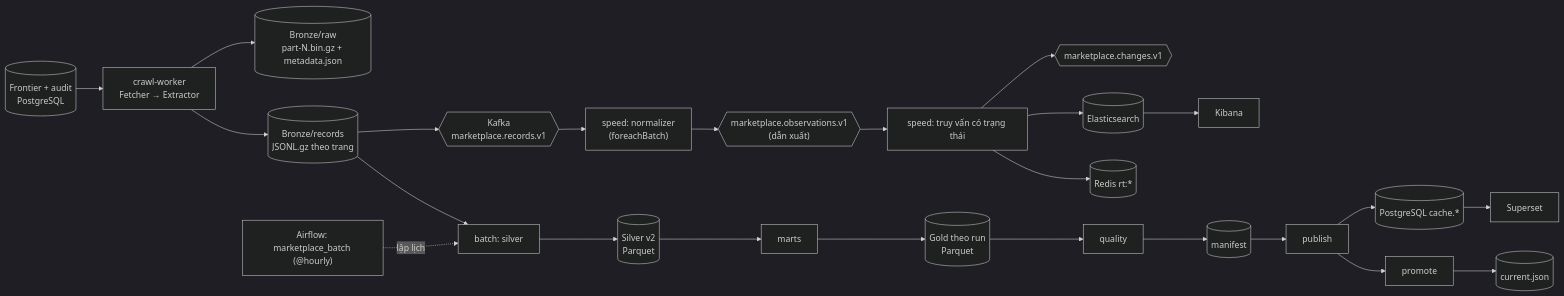
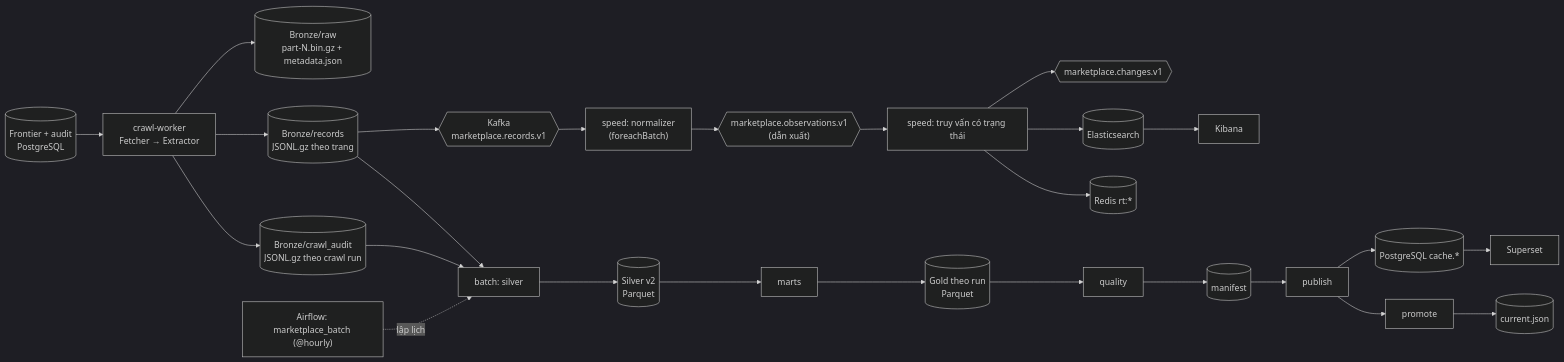
The second of 2 diagrams in docs/ARCHITECTURE.md (Duy-Duc82/ecommerce-lambda-architecture), drawn with Mermaid (dark theme) before and after one commit. The commit also changed other lines of this file and 31 other files, not shown here.

First line of the commit message:
feat: H5 crawl audit in the lake; H6 run record, quality results and DW write modes

````diff
--- a/docs/ARCHITECTURE.md
+++ b/docs/ARCHITECTURE.md
@@ -49,22 +49,24 @@
 ```mermaid
 flowchart LR
     frontier[(Frontier + audit<br/>PostgreSQL)] --> worker["crawl-worker<br/>Fetcher → Extractor"]
     worker --> raw[("Bronze/raw<br/>part-N.bin.gz + metadata.json")]
     worker --> rec[("Bronze/records<br/>JSONL.gz theo trang")]
+    worker --> audit[("Bronze/crawl_audit<br/>JSONL.gz theo crawl run")]
+    audit --> silver
     rec --> kafka{{"Kafka<br/>marketplace.records.v1"}}
     kafka --> norm["speed: normalizer<br/>(foreachBatch)"]
     norm --> obs{{"marketplace.observations.v1<br/>(dẫn xuất)"}}
     obs --> speed["speed: truy vấn có trạng thái"]
     speed --> chg{{"marketplace.changes.v1"}}
     speed --> es[(Elasticsearch)]
     speed --> redis[(Redis rt:*)]
     rec --> silver["batch: silver"]
     silver --> sv[("Silver v2<br/>Parquet")]
     sv --> marts["marts"] --> gold[("Gold theo run<br/>Parquet")]
     gold --> quality["quality"] --> man[("manifest")]
     man --> publish["publish"] --> cache[("PostgreSQL cache.*")]
     publish --> promote["promote"] --> cur[("current.json")]
     cache --> superset[Superset]
     es --> kibana[Kibana]
     airflow["Airflow: marketplace_batch (@hourly)"] -. lập lịch .-> silver
 ```
````
